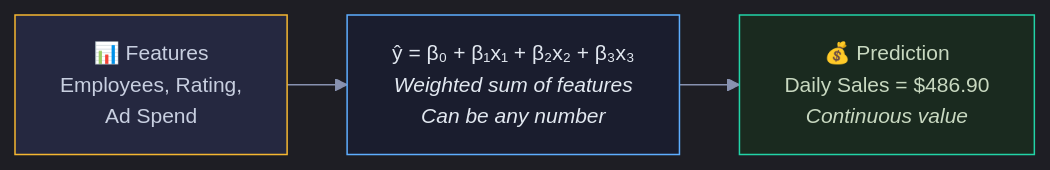
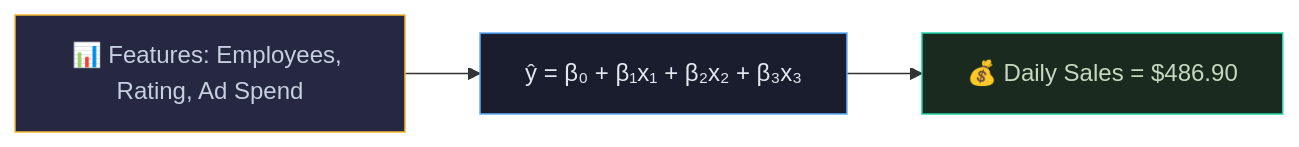
Before and after one commit to snehith1234/StudyCircle: the first of 8 diagrams in Documents/Visual_Guides/ML_Concepts/Linear_Regression_Visual.md, drawn with Mermaid. The commit also changed other lines of this file and 8 other files, not shown here.

Commit message:
Add NN animations, XGBoost section, multicollinearity/autocorrelation, stats explanations, fix mermaid visuals, exploding gradient deep dive

````diff
--- a/Documents/Visual_Guides/ML_Concepts/Linear_Regression_Visual.md
+++ b/Documents/Visual_Guides/ML_Concepts/Linear_Regression_Visual.md
@@ -12,10 +9,7 @@
 ```mermaid
-%%{init: {'theme': 'dark', 'themeVariables': {'darkMode': true, 'background': '#0e1117', 'primaryColor': '#1a1d2e', 'primaryTextColor': '#e2e8f0', 'primaryBorderColor': '#2d3148', 'lineColor': '#8892b0', 'secondaryColor': '#252840', 'tertiaryColor': '#1a1d2e', 'fontSize': '14px', 'edgeLabelBackground': '#0e1117'}, 'flowchart': {'nodeSpacing': 30, 'rankSpacing': 40, 'padding': 15, 'htmlLabels': true}}}%%
 graph LR
-    INPUT["📊 Features<br/>Employees, Rating,<br/>Ad Spend"] --> LINEAR["ŷ = β₀ + β₁x₁ + β₂x₂ + β₃x₃<br/><i>Weighted sum of features<br/>Can be any number</i>"]
-    LINEAR --> OUTPUT["💰 Prediction<br/>Daily Sales = $486.90<br/><i>Continuous value</i>"]
-
+    INPUT["📊 Features: Employees, Rating, Ad Spend"] --> LINEAR["ŷ = β₀ + β₁x₁ + β₂x₂ + β₃x₃"] --> OUTPUT["💰 Daily Sales = $486.90"]
     style INPUT fill:#252840,stroke:#f5b731,color:#c8cfe0
     style LINEAR fill:#1a1d2e,stroke:#5eaeff,color:#e2e8f0
     style OUTPUT fill:#1a2a1f,stroke:#22d3a7,color:#c8d8c0
 ```
````
